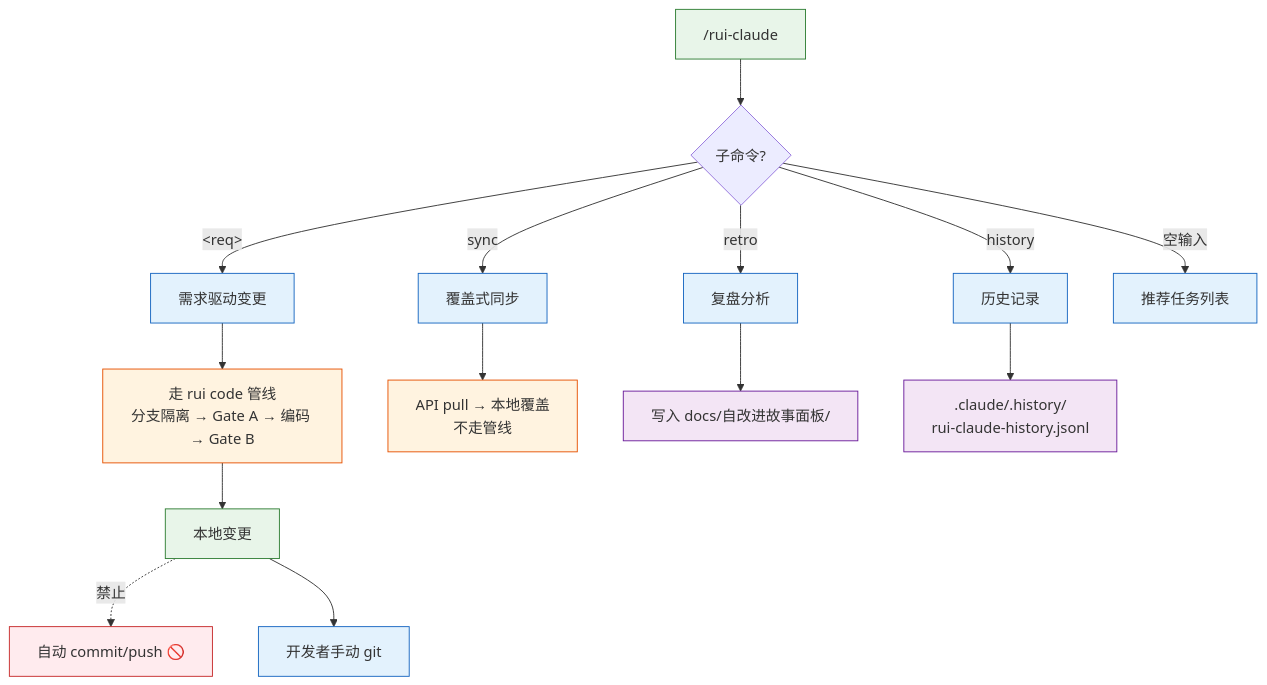
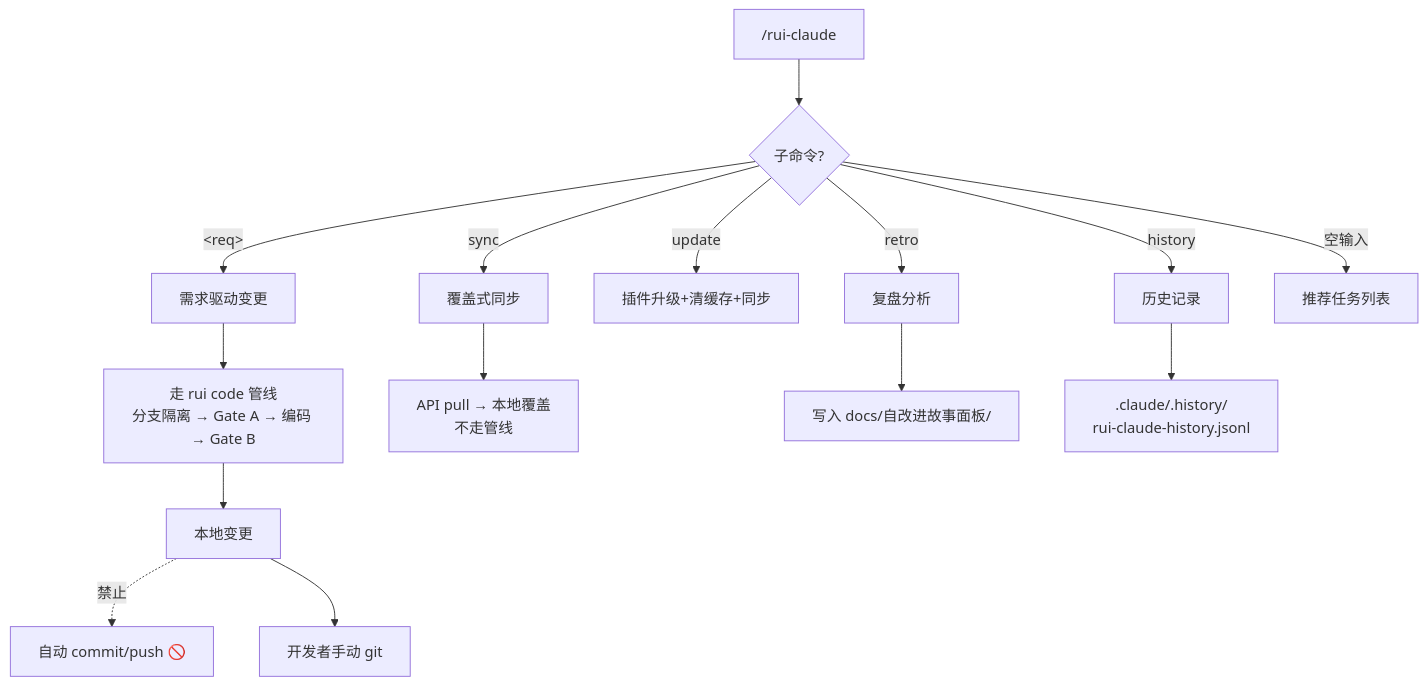
Before and after one commit to effiy/YrY: the first of 8 diagrams in rules/rui-claude.md, drawn with Mermaid. The commit also changed other lines of this file and 61 other files, not shown here.

````diff
--- a/rules/rui-claude.md
+++ b/rules/rui-claude.md
@@ -14,27 +14,21 @@
 ```mermaid
 flowchart TB
     ENTRY["/rui-claude"]:::src --> Q1{"子命令?"}
 
     Q1 -->|"&lt;req&gt;"| REQ["需求驱动变更"]:::cmd
     Q1 -->|"sync"| SYNC["覆盖式同步"]:::cmd
+    Q1 -->|"update"| UPDATE["插件升级+清缓存+同步"]:::cmd
     Q1 -->|"retro"| RETRO["复盘分析"]:::cmd
     Q1 -->|"history"| HIST["历史记录"]:::cmd
     Q1 -->|"空输入"| LIST["推荐任务列表"]:::cmd
 
     REQ --> PIPE["走 rui code 管线<br/>分支隔离 → Gate A → 编码 → Gate B"]:::pipe
     SYNC --> OVER["API pull → 本地覆盖<br/>不走管线"]:::pipe
     RETRO --> REPORT["写入 docs/自改进故事面板/"]:::out
     HIST --> LOG[".claude/.history/<br/>rui-claude-history.jsonl"]:::out
 
     PIPE --> LOCAL["本地变更"]:::local
     LOCAL -.->|"禁止"| AUTO["自动 commit/push 🚫"]:::block
     LOCAL --> MANUAL["开发者手动 git"]:::manual
 
-    classDef src fill:#e8f5e9,stroke:#2e7d32;
-    classDef cmd fill:#e3f2fd,stroke:#1565c0;
-    classDef pipe fill:#fff3e0,stroke:#e65100;
-    classDef out fill:#f3e5f5,stroke:#6a1b9a;
-    classDef local fill:#e8f5e9,stroke:#2e7d32;
-    classDef block fill:#ffebee,stroke:#c62828;
-    classDef manual fill:#e3f2fd,stroke:#1565c0;
 ```
````
